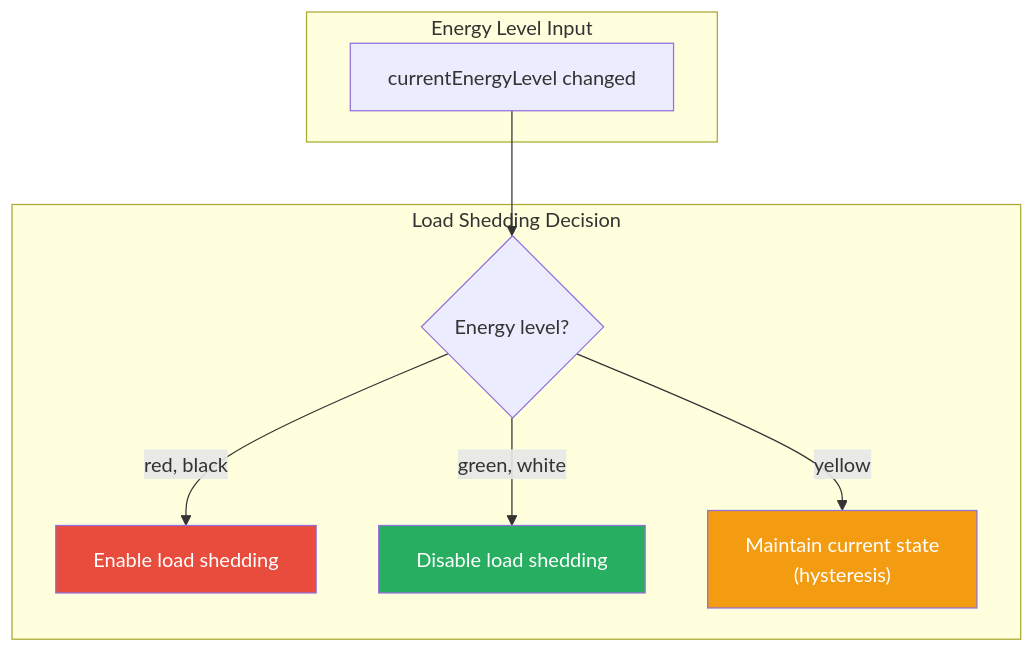
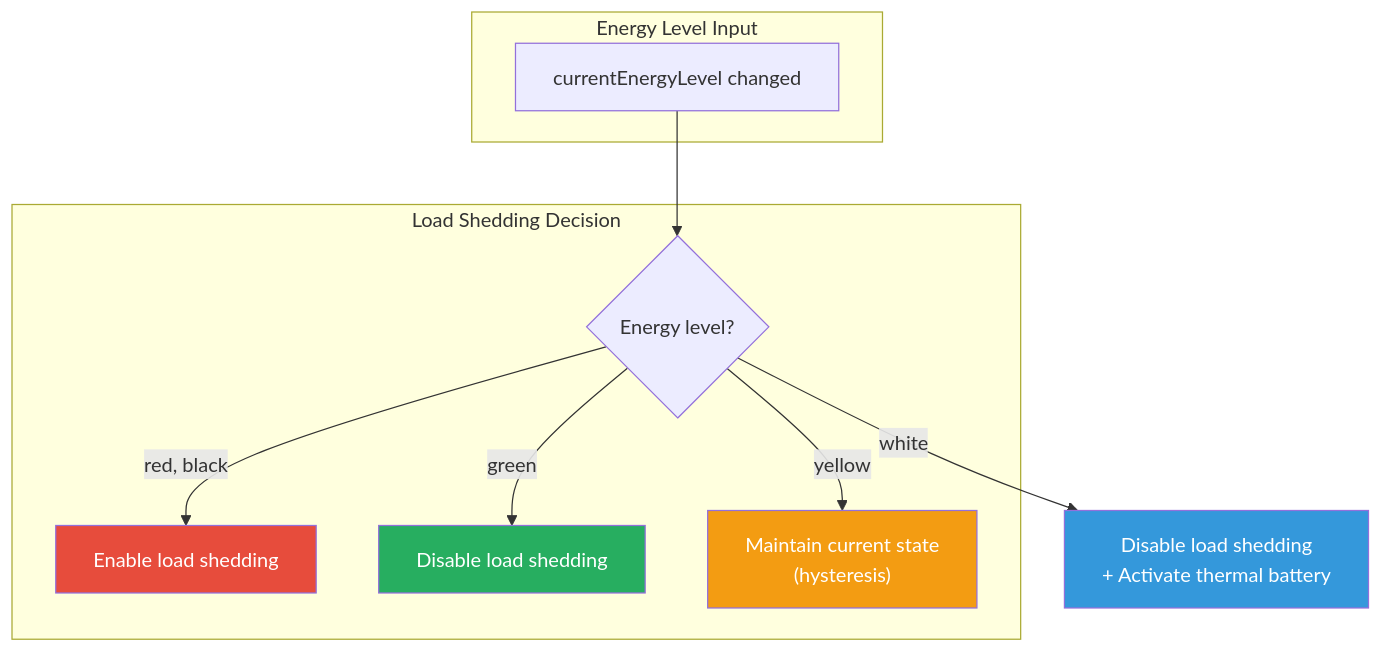
The first of 6 diagrams in docs/flows/LOAD_SHEDDING.md (NickBorgers/home-automation), drawn with Mermaid before and after one commit. The commit also changed other lines of this file and 3 other files, not shown here.

First line of the commit message:
docs: Update diagrams and docs for thermal battery HVAC automation

````diff
--- a/docs/flows/LOAD_SHEDDING.md
+++ b/docs/flows/LOAD_SHEDDING.md
@@ -14,22 +15,24 @@
 ```mermaid
 flowchart TD
     subgraph Input["Energy Level Input"]
         currentLevel["currentEnergyLevel changed"]
     end
 
     subgraph Decision["Load Shedding Decision"]
         checkLevel{"Energy level?"}
         enableLS["Enable load shedding"]
         disableLS["Disable load shedding"]
         maintain["Maintain current state<br/>(hysteresis)"]
     end
 
     currentLevel --> checkLevel
     checkLevel -->|red, black| enableLS
-    checkLevel -->|green, white| disableLS
+    checkLevel -->|green| disableLS
+    checkLevel -->|white| thermalBattery["Disable load shedding<br/>+ Activate thermal battery"]
     checkLevel -->|yellow| maintain
 
     style enableLS fill:#e74c3c,color:#fff
     style disableLS fill:#27ae60,color:#fff
+    style thermalBattery fill:#3498db,color:#fff
     style maintain fill:#f39c12,color:#fff
 ```
````
